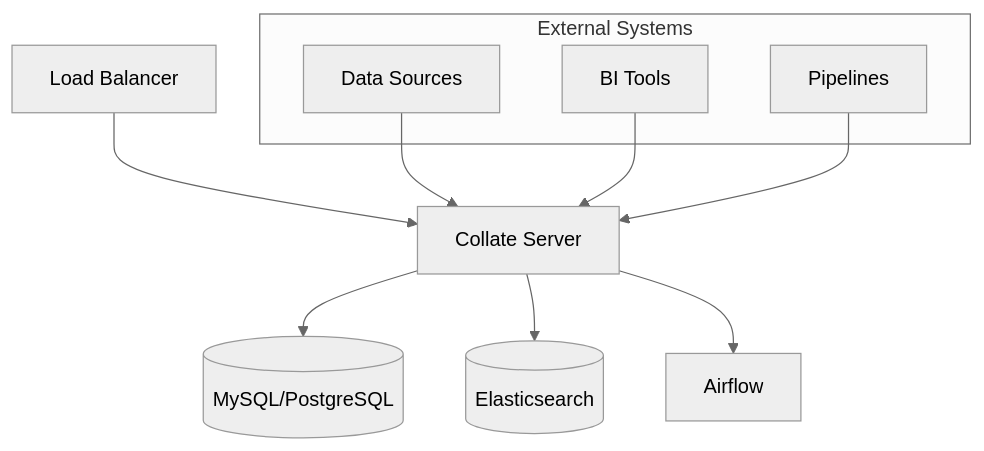
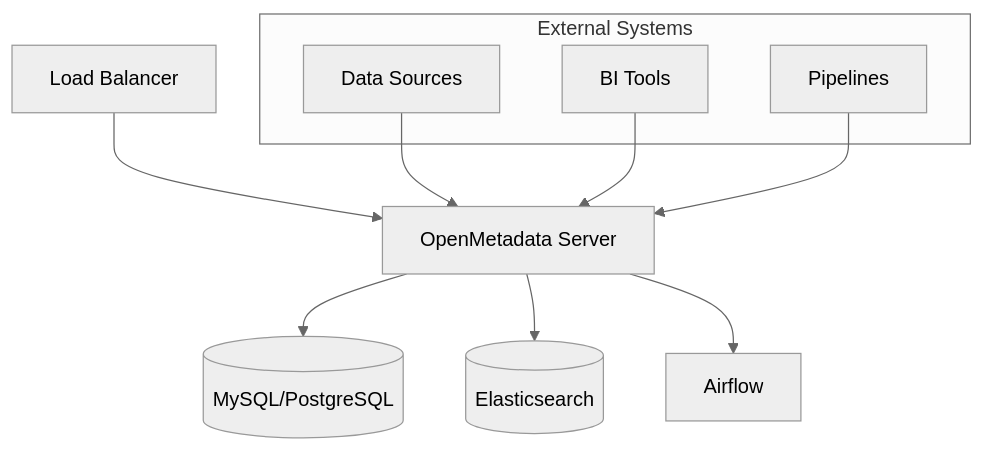
The diagram in v1.10.x/deployment/overview.mdx (open-metadata/docs-om), drawn with Mermaid (neutral theme) before and after one commit. The commit also changed 43 other files, not shown here.

````diff
--- a/v1.10.x/deployment/overview.mdx
+++ b/v1.10.x/deployment/overview.mdx
@@ -44,17 +44,17 @@
 ```mermaid
 graph TB
-    LB[Load Balancer] --> OM[Collate Server]
+    LB[Load Balancer] --> OM[OpenMetadata Server]
     OM --> DB[(MySQL/PostgreSQL)]
     OM --> ES[(Elasticsearch)]
     OM --> AM[Airflow]
 
     subgraph "External Systems"
         DS1[Data Sources]
         DS2[BI Tools]
         DS3[Pipelines]
     end
 
     DS1 --> OM
     DS2 --> OM
     DS3 --> OM
 ```
````
